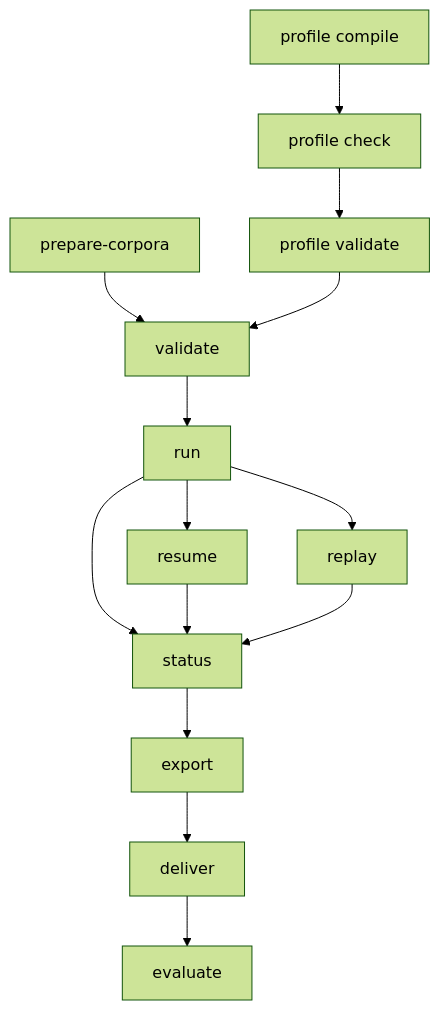
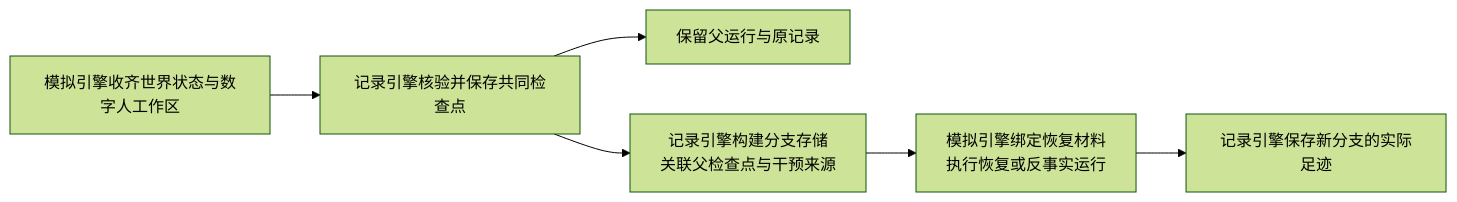
Before and after one commit to HoldThatThgt/WorldMock: the fifth of 7 diagrams in docs/design/01-architecture.md, drawn with Mermaid (forest theme). The commit also changed other lines of this file and 46 other files, not shown here.

````diff
--- a/docs/design/01-architecture.md
+++ b/docs/design/01-architecture.md
@@ -211,19 +184,8 @@
 ```mermaid
-flowchart TB
-    A[prepare-corpora] --> B[validate]
-    B --> C[run]
-    C --> D[status]
-    D --> E[export]
-    E --> F[deliver]
-    
-    C --> G[resume]
-    C --> H[replay]
-    G --> D
-    H --> D
-    
-    I[profile compile] --> J[profile check]
-    J --> K[profile validate]
-    K --> B
-    
-    F --> L[evaluate]
+flowchart LR
+    S[模拟引擎收齐世界状态与数字人工作区] --> C[记录引擎核验并保存共同检查点]
+    C --> P[保留父运行与原记录]
+    C --> B[记录引擎构建分支存储<br/>关联父检查点与干预来源]
+    B --> R[模拟引擎绑定恢复材料<br/>执行恢复或反事实运行]
+    R --> F[记录引擎保存新分支的实际足迹]
 ```
````
